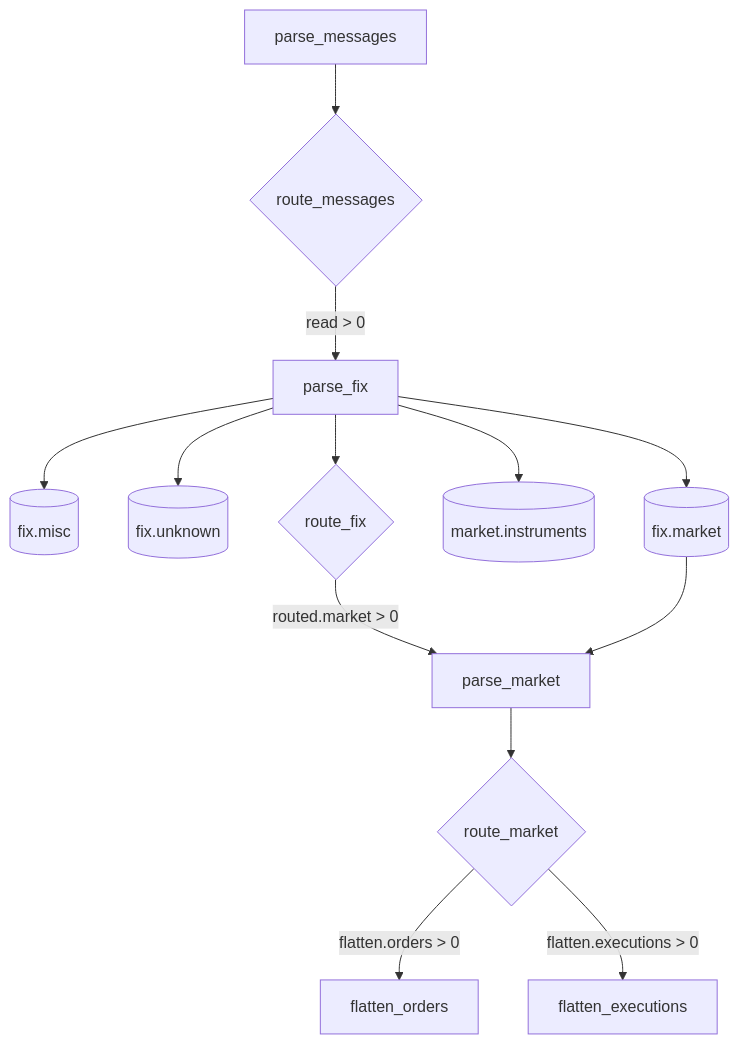
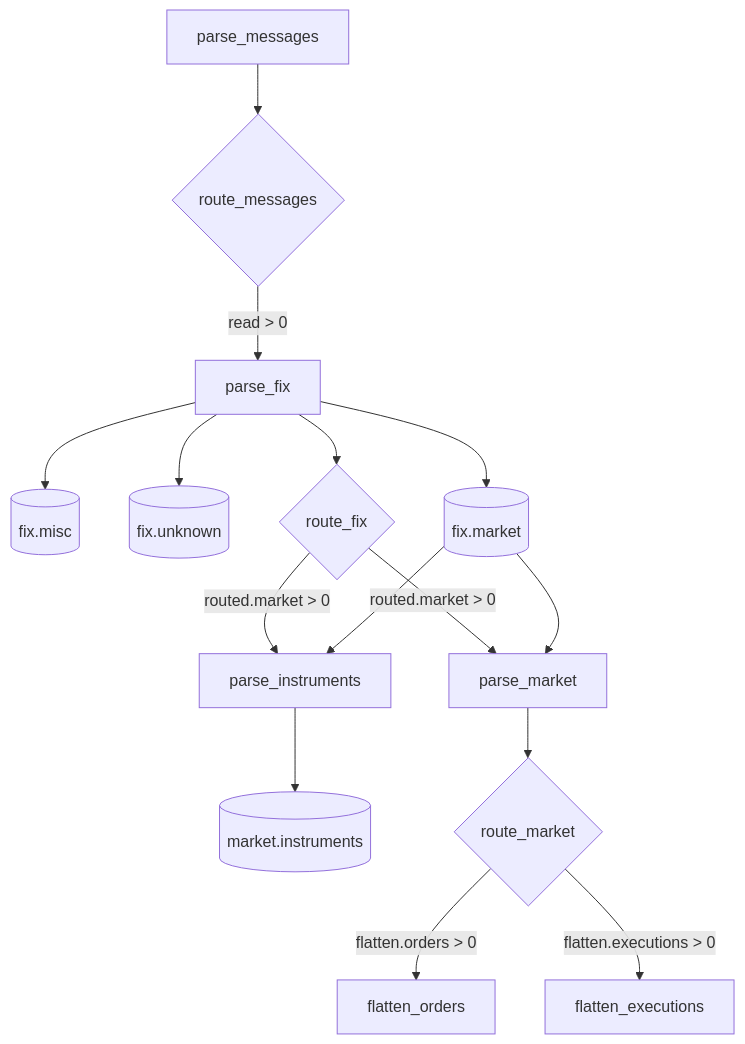
Before and after one commit to Platob/yggfin: the diagram in docs/pipeline/operations/airflow.md, drawn with Mermaid. The commit also changed other lines of this file and 20 other files, not shown here.

````diff
--- a/docs/pipeline/operations/airflow.md
+++ b/docs/pipeline/operations/airflow.md
@@ -23,15 +23,17 @@
 ```mermaid
 flowchart TD
     PM[parse_messages] --> RM{route_messages}
     RM -->|read > 0| PF[parse_fix]
     PF --> XM[(fix.misc)]
     PF --> XU[(fix.unknown)]
     PF --> FM[(fix.market)]
-    PF --> IM[(market.instruments)]
     PF --> RF{route_fix}
+    RF -->|routed.market > 0| PI[parse_instruments]
     RF -->|routed.market > 0| PK[parse_market]
+    FM --> PI
     FM --> PK
+    PI --> IM[(market.instruments)]
     PK --> RK{route_market}
     RK -->|flatten.orders > 0| FO[flatten_orders]
     RK -->|flatten.executions > 0| FE[flatten_executions]
 ```
````
